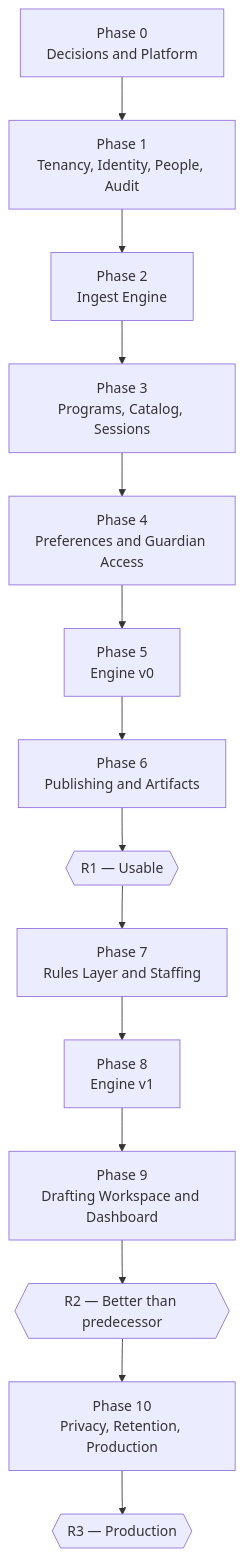
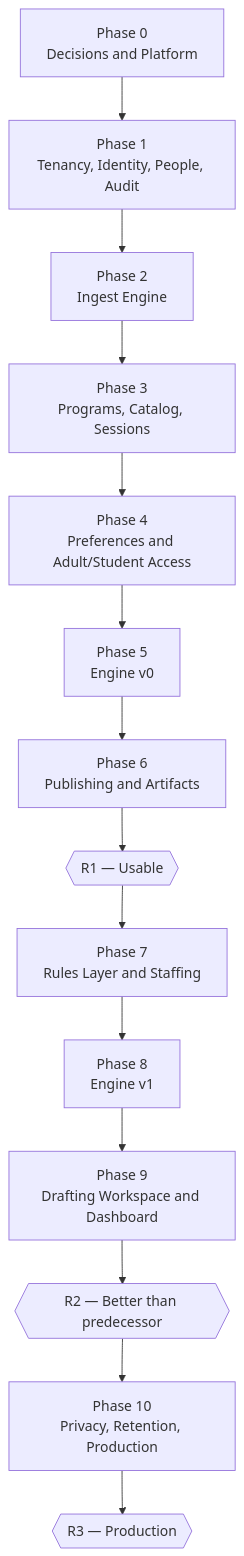
Before and after one commit to christophergm/miniclass: the diagram in PLAN.md, drawn with Mermaid. The commit also changed other lines of this file and 3 other files, not shown here.

Commit message:
docs: update guardian and student access specs

````diff
--- a/PLAN.md
+++ b/PLAN.md
@@ -141,16 +137,16 @@
 ```mermaid
 graph TD
     P0["Phase 0<br/>Decisions and Platform"] --> P1["Phase 1<br/>Tenancy, Identity, People, Audit"]
     P1 --> P2["Phase 2<br/>Ingest Engine"]
     P2 --> P3["Phase 3<br/>Programs, Catalog, Sessions"]
-    P3 --> P4["Phase 4<br/>Preferences and Guardian Access"]
+    P3 --> P4["Phase 4<br/>Preferences and Adult/Student Access"]
     P4 --> P5["Phase 5<br/>Engine v0"]
     P5 --> P6["Phase 6<br/>Publishing and Artifacts"]
     P6 --> R1{{"R1 — Usable"}}
     R1 --> P7["Phase 7<br/>Rules Layer and Staffing"]
     P7 --> P8["Phase 8<br/>Engine v1"]
     P8 --> P9["Phase 9<br/>Drafting Workspace and Dashboard"]
     P9 --> R2{{"R2 — Better than predecessor"}}
     R2 --> P10["Phase 10<br/>Privacy, Retention, Production"]
     P10 --> R3{{"R3 — Production"}}
 ```
````
